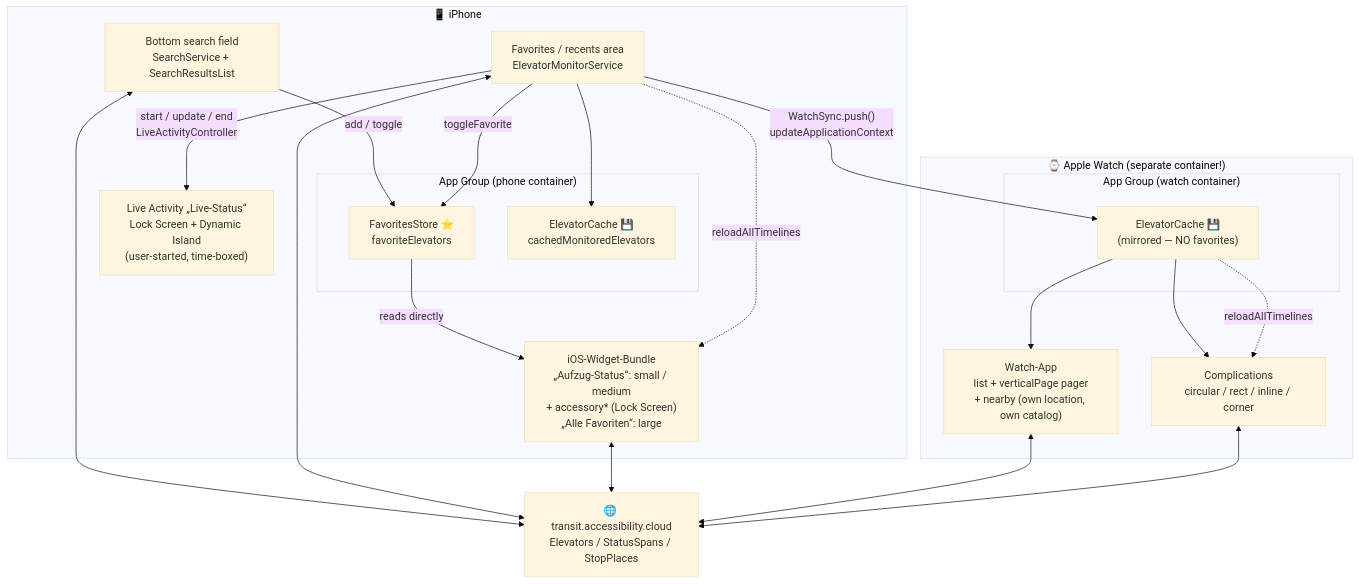
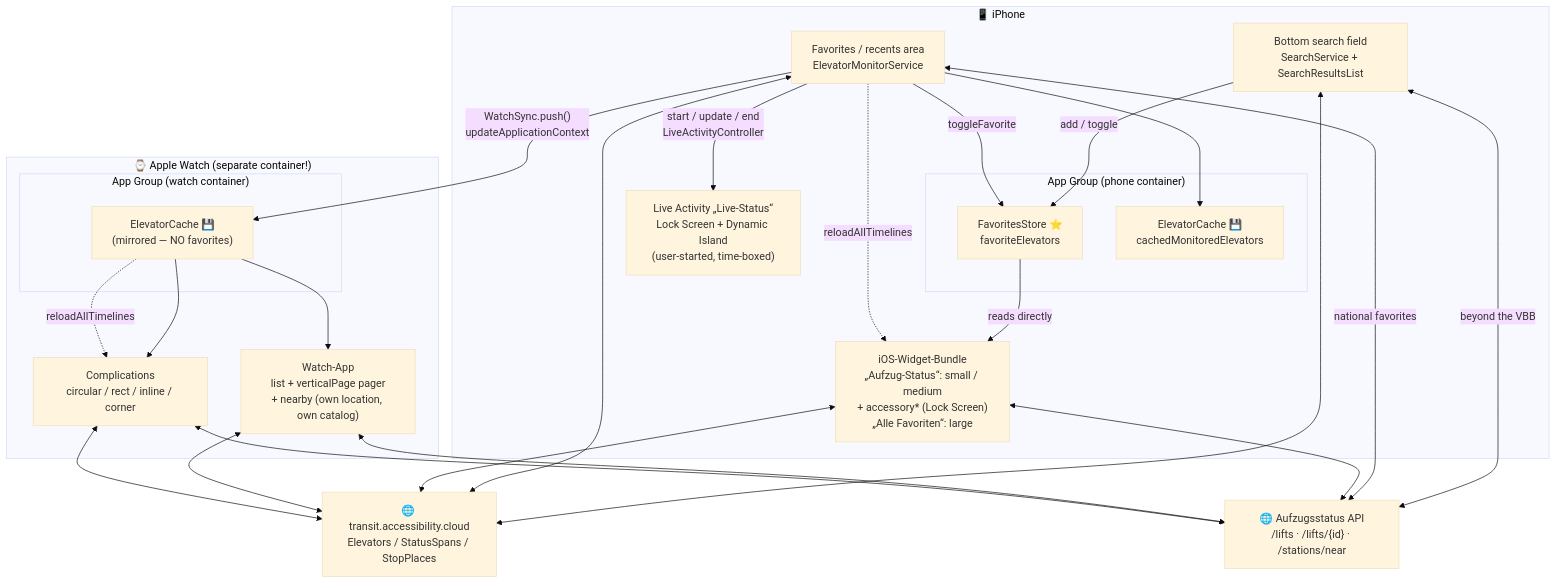
The diagram in docs/architecture.md (a11yland/Hissi-iOS), drawn with Mermaid (base theme) before and after one commit. The commit also changed other lines of this file and 21 other files, not shown here.

````diff
--- a/docs/architecture.md
+++ b/docs/architecture.md
@@ -19,41 +19,47 @@
 ```mermaid
 flowchart TB
     subgraph phone["📱 iPhone"]
         search["Bottom search field<br/>SearchService + SearchResultsList"]
         favs["Favorites / recents area<br/>ElevatorMonitorService"]
         subgraph pagroup["App Group (phone container)"]
             fstore["FavoritesStore ⭐<br/>favoriteElevators"]
             pcache["ElevatorCache 💾<br/>cachedMonitoredElevators"]
         end
         iwidget["iOS-Widget-Bundle<br/>„Aufzug-Status“: small / medium<br/>+ accessory* (Lock Screen)<br/>„Alle Favoriten“: large"]
         live["Live Activity „Live-Status“<br/>Lock Screen + Dynamic Island<br/>(user-started, time-boxed)"]
 
         search -->|"add / toggle"| fstore
         favs -->|"toggleFavorite"| fstore
         favs --> pcache
         fstore -->|"reads directly"| iwidget
         favs -.->|"reloadAllTimelines"| iwidget
         favs -->|"start / update / end<br/>LiveActivityController"| live
     end
 
     subgraph watch["⌚️ Apple Watch (separate container!)"]
         subgraph wagroup["App Group (watch container)"]
             wcache["ElevatorCache 💾<br/>(mirrored — NO favorites)"]
         end
         wapp["Watch-App<br/>list + verticalPage pager<br/>+ nearby (own location, own catalog)"]
         comps["Complications<br/>circular / rect / inline / corner"]
 
         wcache --> wapp
         wcache --> comps
     end
 
     favs -->|"WatchSync.push()<br/>updateApplicationContext"| wcache
     wcache -.->|"reloadAllTimelines"| comps
 
     acloud["🌐 transit.accessibility.cloud<br/>Elevators / StatusSpans / StopPlaces"]
+    national["🌐 Aufzugsstatus API<br/>/lifts · /lifts/{id} · /stations/near"]
     search <--> acloud
     favs <--> acloud
     iwidget <--> acloud
     wapp <--> acloud
     comps <--> acloud
+    search <-->|"beyond the VBB"| national
+    favs <-->|"national favorites"| national
+    iwidget <--> national
+    wapp <--> national
+    comps <--> national
 ```
````
